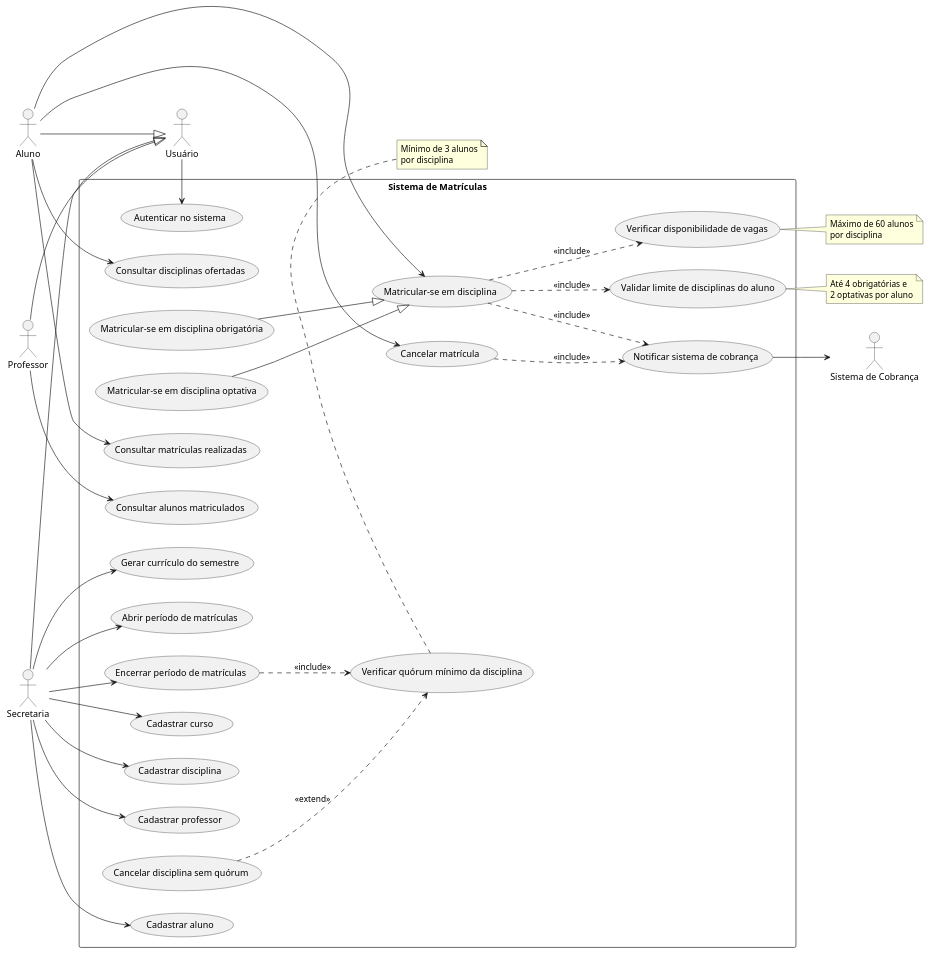
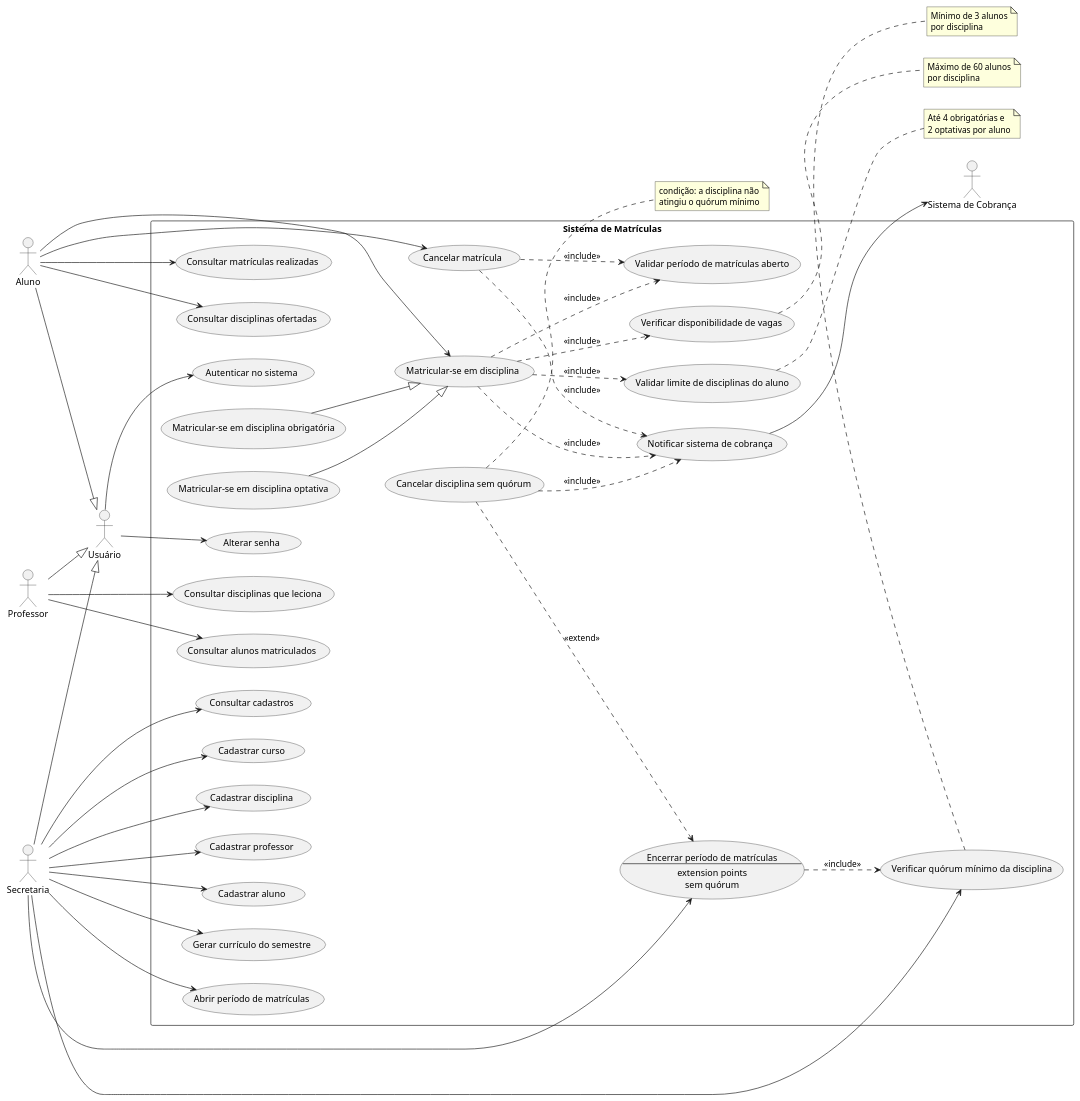
The diagram in docs/diagramas/diagrama-casos-de-uso.puml (pssgarcia/sistema-matriculas), drawn with PlantUML before and after one commit. The commit also changed 5 other files, not shown here.

First line of the commit message:
fix: corrige diagramas de casos de uso e de classes

```diff
--- a/docs/diagramas/diagrama-casos-de-uso.puml
+++ b/docs/diagramas/diagrama-casos-de-uso.puml
@@ -1,88 +1,103 @@
 @startuml DiagramaCasosDeUso
 
 left to right direction
 skinparam packageStyle rectangle
 
 actor Usuario as "Usuário"
 actor Aluno
 actor Professor
 actor Secretaria
 actor "Sistema de Cobrança" as Cobranca
 
 Aluno --|> Usuario
 Professor --|> Usuario
 Secretaria --|> Usuario
 
 rectangle "Sistema de Matrículas" {
 
   usecase "Autenticar no sistema" as UC1
+  usecase "Alterar senha" as UC19
+
   usecase "Consultar disciplinas ofertadas" as UC2
   usecase "Matricular-se em disciplina" as UC3
   usecase "Matricular-se em disciplina obrigatória" as UC3A
   usecase "Matricular-se em disciplina optativa" as UC3B
   usecase "Cancelar matrícula" as UC4
   usecase "Consultar matrículas realizadas" as UC5
 
+  usecase "Validar período de matrículas aberto" as UC21
   usecase "Verificar disponibilidade de vagas" as UC6
   usecase "Validar limite de disciplinas do aluno" as UC7
   usecase "Notificar sistema de cobrança" as UC8
 
   usecase "Cadastrar curso" as UC9
   usecase "Cadastrar disciplina" as UC10
   usecase "Cadastrar professor" as UC11
   usecase "Cadastrar aluno" as UC12
   usecase "Gerar currículo do semestre" as UC13
   usecase "Abrir período de matrículas" as UC14
-  usecase "Encerrar período de matrículas" as UC15
+  usecase "Encerrar período de matrículas\n--\nextension points\nsem quórum" as UC15
   usecase "Verificar quórum mínimo da disciplina" as UC16
   usecase "Cancelar disciplina sem quórum" as UC17
+  usecase "Consultar cadastros" as UC22
 
+  usecase "Consultar disciplinas que leciona" as UC20
   usecase "Consultar alunos matriculados" as UC18
 }
 
 Usuario --> UC1
+Usuario --> UC19
 
 Aluno --> UC2
 Aluno --> UC3
 Aluno --> UC4
 Aluno --> UC5
 
+Professor --> UC20
 Professor --> UC18
 
 Secretaria --> UC9
 Secretaria --> UC10
 Secretaria --> UC11
 Secretaria --> UC12
 Secretaria --> UC13
 Secretaria --> UC14
 Secretaria --> UC15
+Secretaria --> UC16
+Secretaria --> UC22
 
 UC3A --|> UC3
 UC3B --|> UC3
 
+UC3 ..> UC21 : <<include>>
 UC3 ..> UC6 : <<include>>
 UC3 ..> UC7 : <<include>>
 UC3 ..> UC8 : <<include>>
+UC4 ..> UC21 : <<include>>
 UC4 ..> UC8 : <<include>>
 
 UC15 ..> UC16 : <<include>>
-UC17 ..> UC16 : <<extend>>
+UC17 ..> UC15 : <<extend>>
+UC17 ..> UC8 : <<include>>
 
 UC8 --> Cobranca
 
 note right of UC6
   Máximo de 60 alunos
   por disciplina
 end note
 
 note right of UC7
   Até 4 obrigatórias e
   2 optativas por aluno
 end note
 
 note bottom of UC16
   Mínimo de 3 alunos
   por disciplina
 end note
 
+note "condição: a disciplina não\natingiu o quórum mínimo" as NotaExtend
+UC17 .. NotaExtend
+
 @enduml
```
